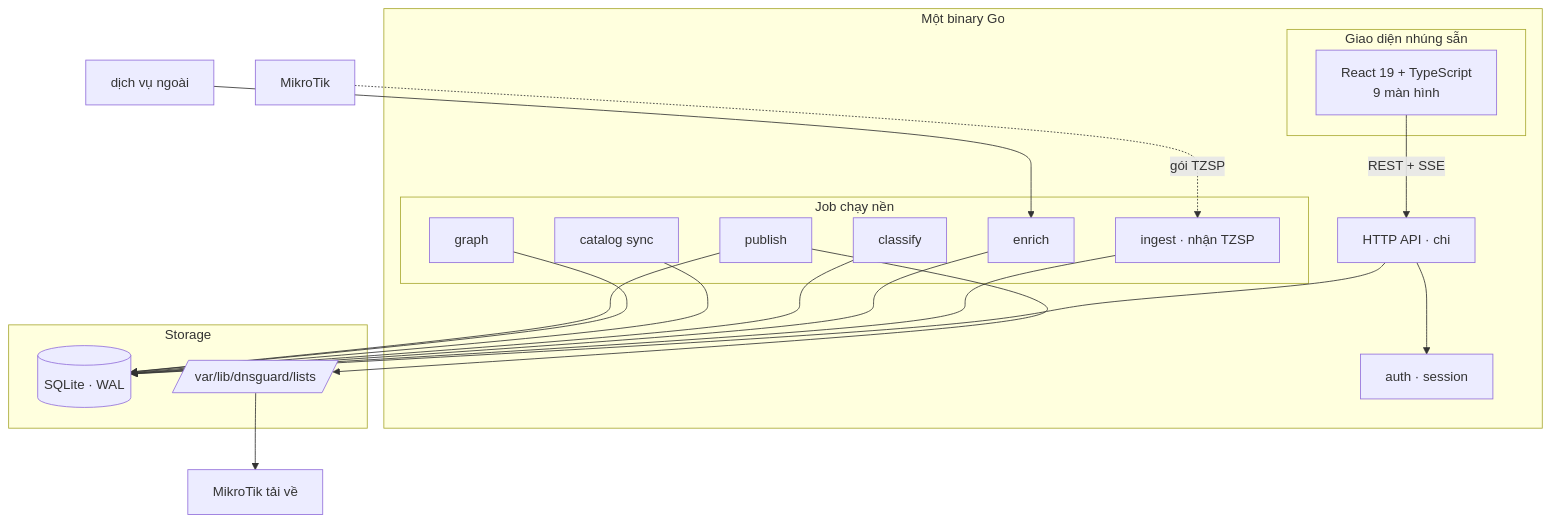
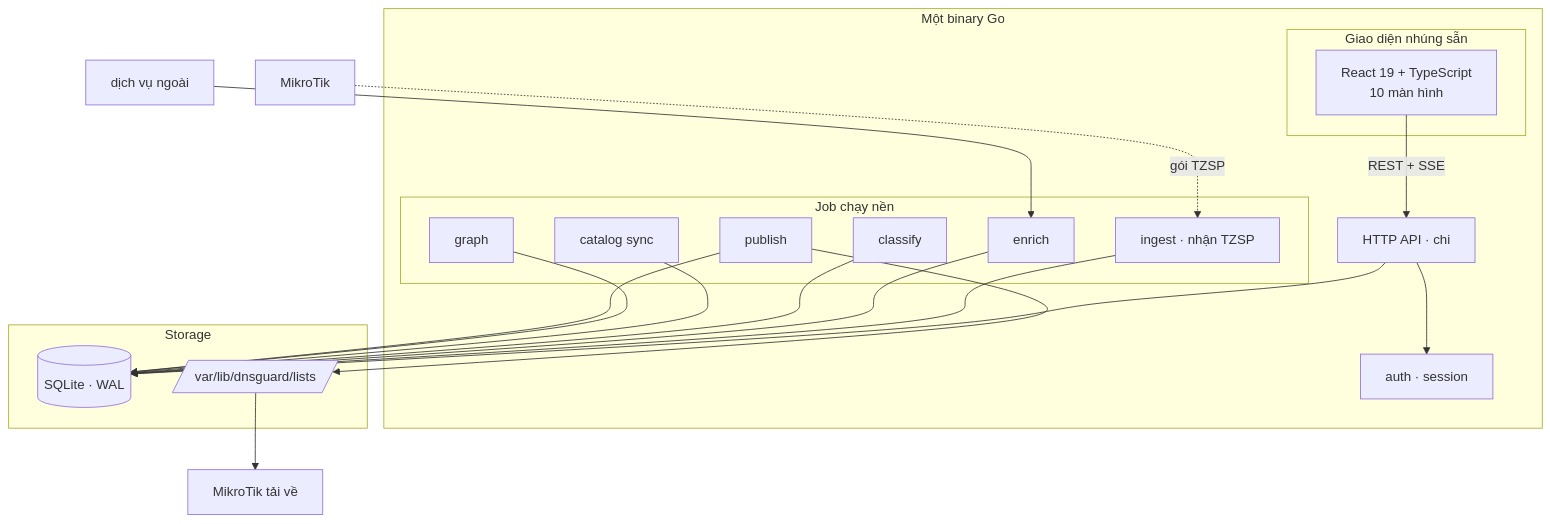
One commit to NortonBen/DNS-Guard-home changed the second of 3 diagrams in docs/02-architecture.md. Above: the diagram before and after it, drawn with Mermaid. The commit also changed other lines of this file and 20 other files, not shown here.

````diff
--- a/docs/02-architecture.md
+++ b/docs/02-architecture.md
@@ -28,40 +28,40 @@
 ```mermaid
 flowchart TB
     subgraph BIN["Một binary Go"]
         subgraph FE["Giao diện nhúng sẵn"]
-            UI[React 19 + TypeScript<br/>9 màn hình]
+            UI[React 19 + TypeScript<br/>10 màn hình]
         end
 
         API[HTTP API · chi]
 
         subgraph Workers["Job chạy nền"]
             ING[ingest · nhận TZSP]
             ENR[enrich]
             CLS[classify]
             CAT[catalog sync]
             GRA[graph]
             PUB[publish]
         end
 
         AUTH[auth · session]
     end
 
     subgraph Storage
         DB[(SQLite · WAL)]
         FS[/var/lib/dnsguard/lists/]
     end
 
     UI -->|REST + SSE| API
     API --> DB
     API --> AUTH
     MT[MikroTik] -.->|gói TZSP| ING
     ING --> DB
     ENR --> DB
     CLS --> DB
     CAT --> DB
     GRA --> DB
     PUB --> FS
     PUB --> DB
     EXT[dịch vụ ngoài] --> ENR
     FS --> MT2[MikroTik tải về]
 ```
````
